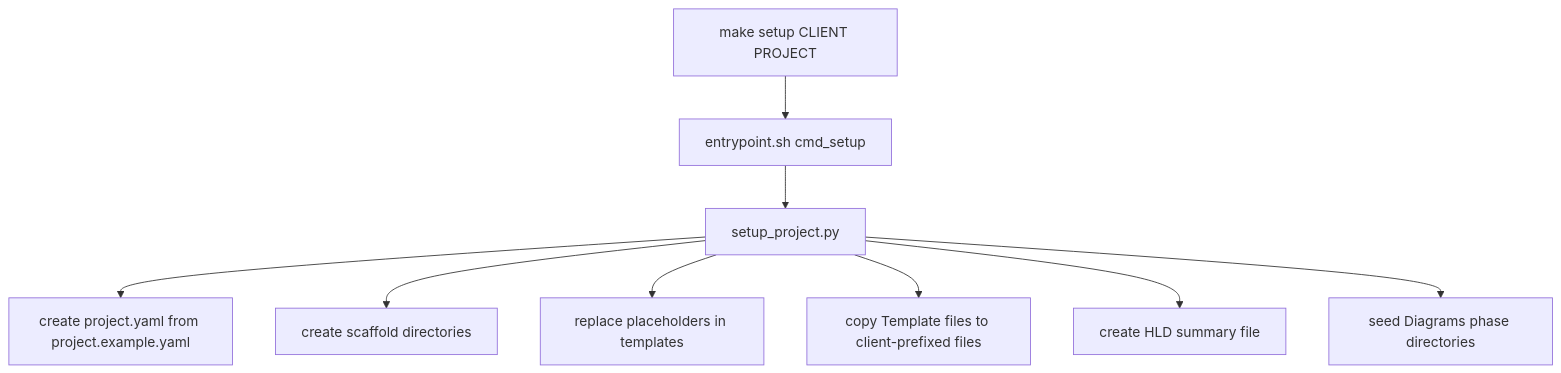
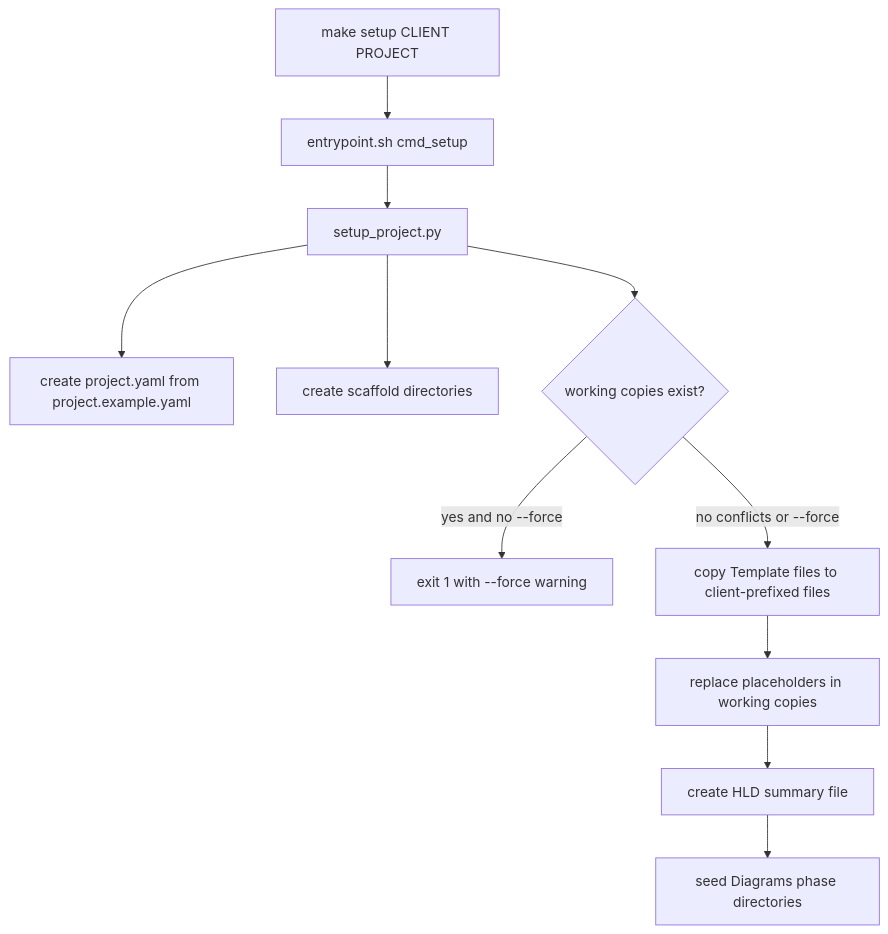
One commit to stratus-ss/arch-design-doc-generator changed the first of 5 diagrams in docs/CODEFLOW.md. Above: the diagram before and after it, drawn with Mermaid. The commit also changed other lines of this file and 4 other files, not shown here.

````diff
--- a/docs/CODEFLOW.md
+++ b/docs/CODEFLOW.md
@@ -17,11 +17,13 @@
 ```mermaid
 flowchart TD
     MakeSetup[make setup CLIENT PROJECT] --> Entrypoint[entrypoint.sh cmd_setup]
     Entrypoint --> SetupPy[setup_project.py]
     SetupPy --> CreateYaml[create project.yaml from project.example.yaml]
     SetupPy --> Scaffold[create scaffold directories]
-    SetupPy --> ReplaceTokens[replace placeholders in templates]
-    SetupPy --> RenameTemplates[copy Template files to client-prefixed files]
-    SetupPy --> SummaryFile[create HLD summary file]
-    SetupPy --> SeedDiagrams[seed Diagrams phase directories]
+    SetupPy --> ConflictCheck{working copies exist?}
+    ConflictCheck -->|yes and no --force| Refuse[exit 1 with --force warning]
+    ConflictCheck -->|no conflicts or --force| CopyTemplates[copy Template files to client-prefixed files]
+    CopyTemplates --> ReplaceTokens[replace placeholders in working copies]
+    ReplaceTokens --> SummaryFile[create HLD summary file]
+    SummaryFile --> SeedDiagrams[seed Diagrams phase directories]
 ```
````
